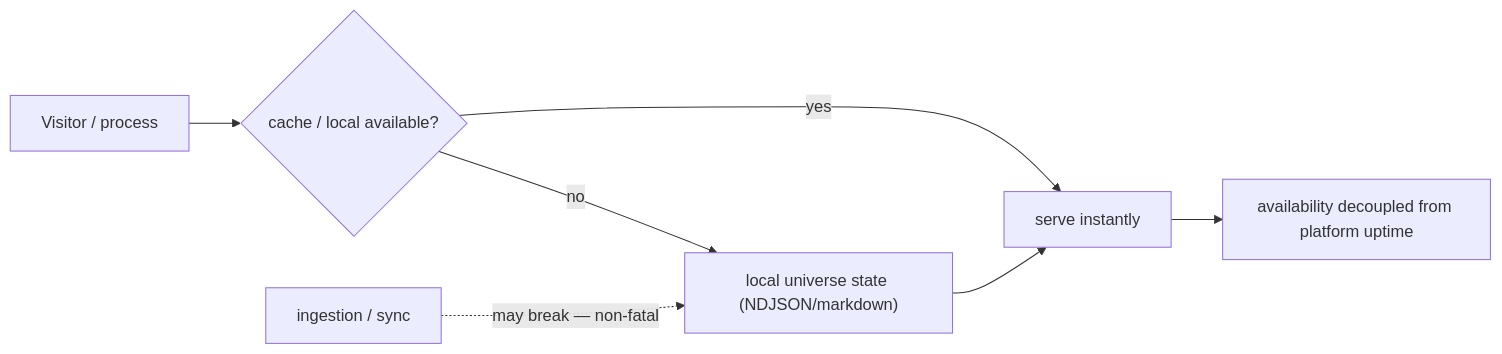
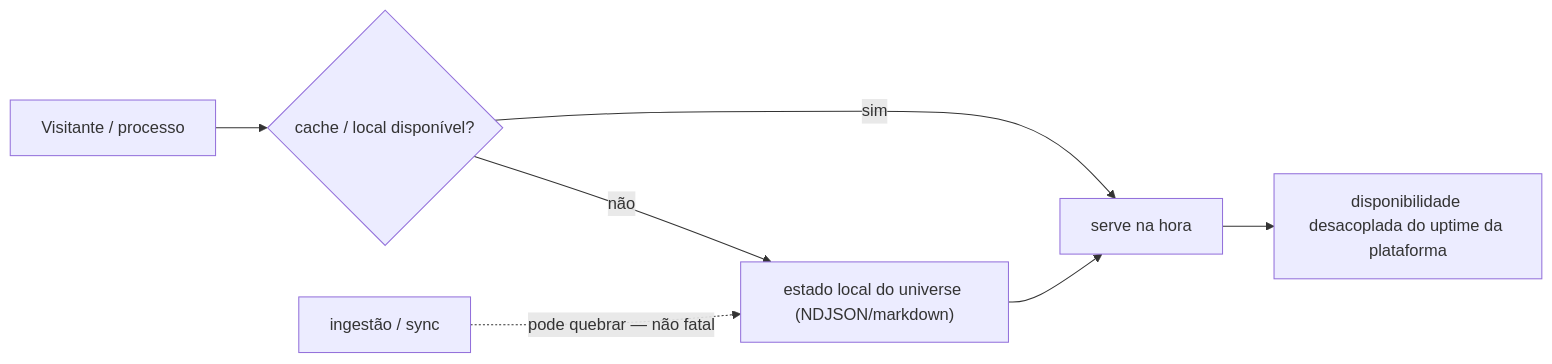
One commit to artelonga/ArteLonga changed the fifth of 6 diagrams in docs/intelligence-as-a-service.pt.md. Above: the diagram before and after it, drawn with Mermaid. The commit also changed other lines of this file and 51 other files, not shown here.

First line of the commit message:
feat(docs): diagramas em Excalidraw real (mermaid→excalidraw) + IaaS em PT (#87)

````diff
--- a/docs/intelligence-as-a-service.pt.md
+++ b/docs/intelligence-as-a-service.pt.md
@@ -227,9 +227,9 @@
 ```mermaid
 flowchart LR
-  V["Visitor / process"] --> Q{"cache / local available?"}
-  Q -->|yes| SERVE["serve instantly"]
-  Q -->|no| LOCAL["local universe state (NDJSON/markdown)"]
+  V["Visitante / processo"] --> Q{"cache / local disponível?"}
+  Q -->|sim| SERVE["serve na hora"]
+  Q -->|não| LOCAL["estado local do universe (NDJSON/markdown)"]
   LOCAL --> SERVE
-  INGEST["ingestion / sync"] -. "may break — non-fatal" .-> LOCAL
-  SERVE --> NOTE["availability decoupled from platform uptime"]
+  INGEST["ingestão / sync"] -. "pode quebrar — não fatal" .-> LOCAL
+  SERVE --> NOTE["disponibilidade desacoplada do uptime da plataforma"]
 ```
````
